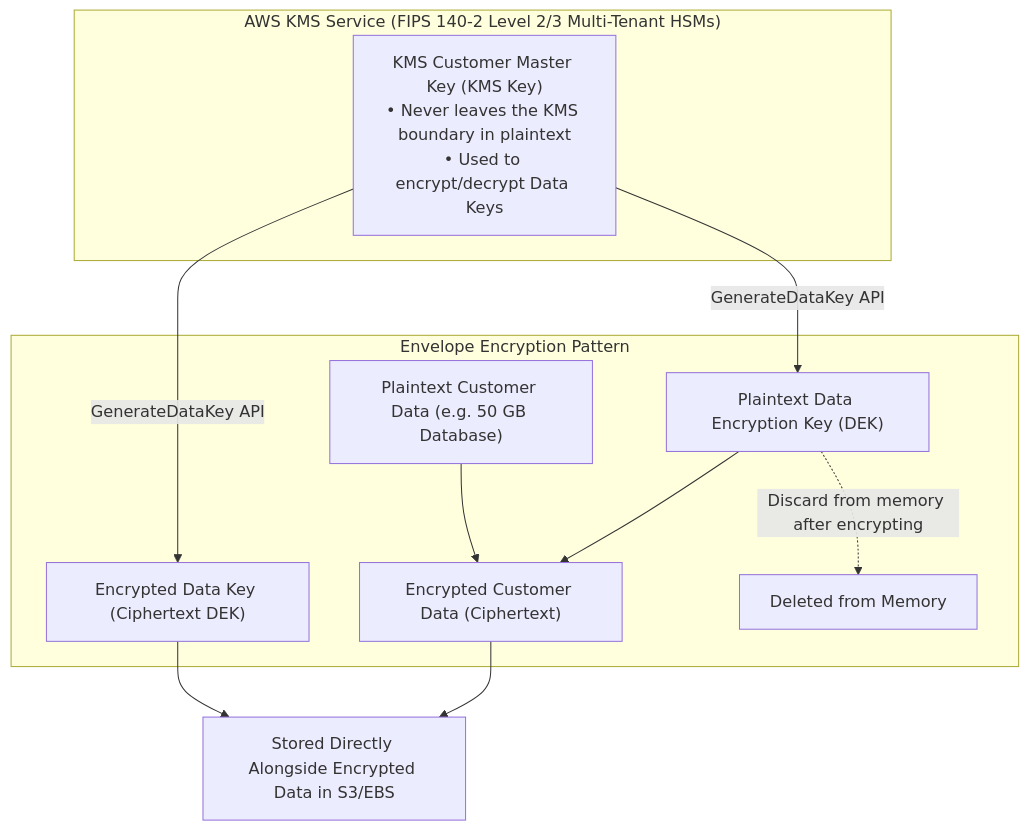
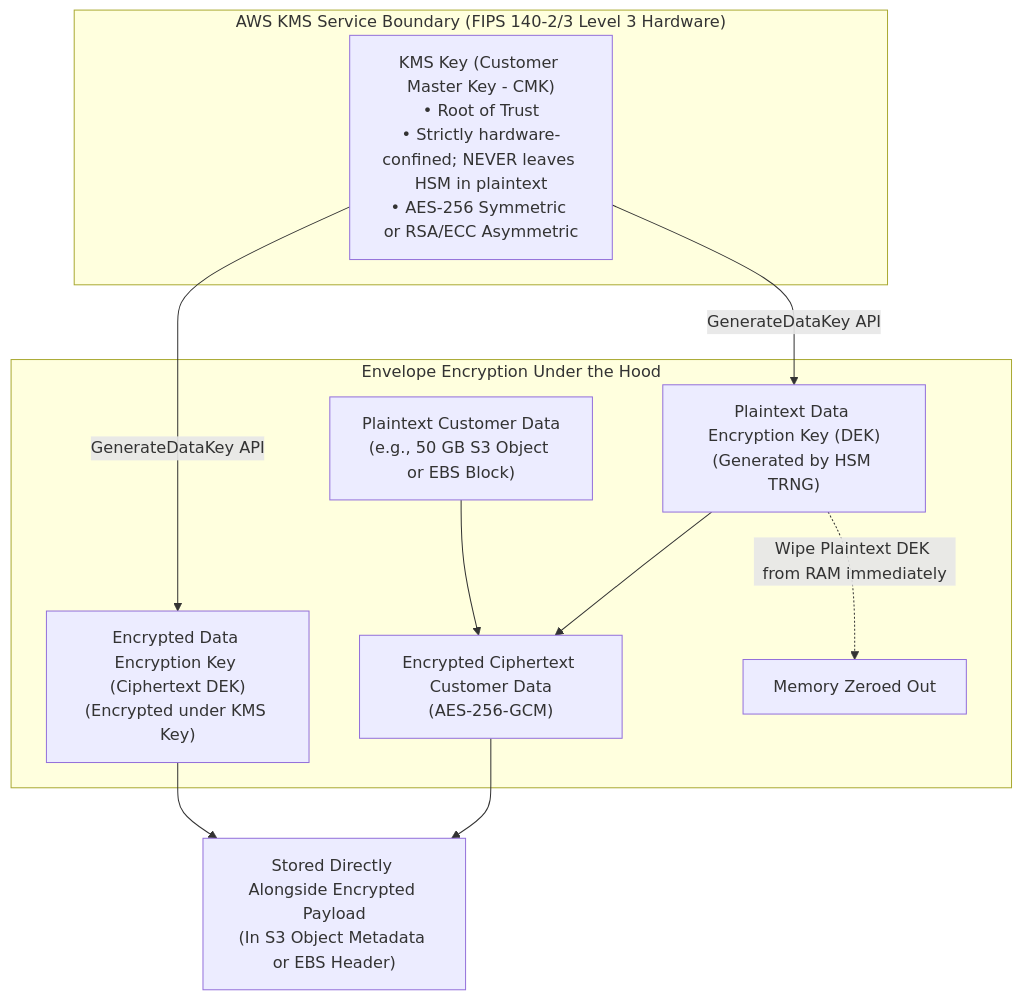
One commit to fakhruldeen/AWS changed the first of 3 diagrams in Cloud/Practitioner/CLF-C02/06_Explanations/02_Security_and_Compliance/Encryption_and_Secrets_Management.md. Above: the diagram before and after it, drawn with Mermaid. The commit also changed other lines of this file and 18 other files, not shown here.

````diff
--- a/Cloud/Practitioner/CLF-C02/06_Explanations/02_Security_and_Compliance/Encryption_and_Secrets_Management.md
+++ b/Cloud/Practitioner/CLF-C02/06_Explanations/02_Security_and_Compliance/Encryption_and_Secrets_Management.md
@@ -26,23 +23,23 @@
 ```mermaid
 flowchart TD
-    subgraph KMS_Core ["AWS KMS Service (FIPS 140-2 Level 2/3 Multi-Tenant HSMs)"]
-        KMSKey["KMS Customer Master Key (KMS Key)\n• Never leaves the KMS boundary in plaintext\n• Used to encrypt/decrypt Data Keys"]
+    subgraph KMS_HSM ["AWS KMS Service Boundary (FIPS 140-2/3 Level 3 Hardware)"]
+        KMSKey["KMS Key (Customer Master Key - CMK)<br/>• Root of Trust<br/>• Strictly hardware-confined; NEVER leaves HSM in plaintext<br/>• AES-256 Symmetric or RSA/ECC Asymmetric"]
     end
 
-    subgraph EnvelopeEncryption ["Envelope Encryption Pattern"]
-        PlainData["Plaintext Customer Data (e.g. 50 GB Database)"]
-        DataKey["Plaintext Data Encryption Key (DEK)"]
-        EncDataKey["Encrypted Data Key (Ciphertext DEK)"]
-        EncData["Encrypted Customer Data (Ciphertext)"]
+    subgraph EnvelopePattern ["Envelope Encryption Under the Hood"]
+        PlainData["Plaintext Customer Data<br/>(e.g., 50 GB S3 Object or EBS Block)"]
+        PlainDEK["Plaintext Data Encryption Key (DEK)<br/>(Generated by HSM TRNG)"]
+        CipherDEK["Encrypted Data Encryption Key (Ciphertext DEK)<br/>(Encrypted under KMS Key)"]
+        CipherData["Encrypted Ciphertext Customer Data<br/>(AES-256-GCM)"]
         
-        KMSKey -->|GenerateDataKey API| DataKey
-        KMSKey -->|GenerateDataKey API| EncDataKey
+        KMSKey -->|GenerateDataKey API| PlainDEK
+        KMSKey -->|GenerateDataKey API| CipherDEK
         
-        PlainData --> EncData
-        DataKey --> EncData
-        DataKey -.->|"Discard from memory after encrypting"| Wiped["Deleted from Memory"]
+        PlainData --> CipherData
+        PlainDEK --> CipherData
+        PlainDEK -.->|"Wipe Plaintext DEK from RAM immediately"| Wiped["Memory Zeroed Out"]
     end
 
-    EncDataKey --> StoredWithData["Stored Directly Alongside Encrypted Data in S3/EBS"]
-    EncData --> StoredWithData
+    CipherDEK --> StoredBlock["Stored Directly Alongside Encrypted Payload<br/>(In S3 Object Metadata or EBS Header)"]
+    CipherData --> StoredBlock
 ```
````
